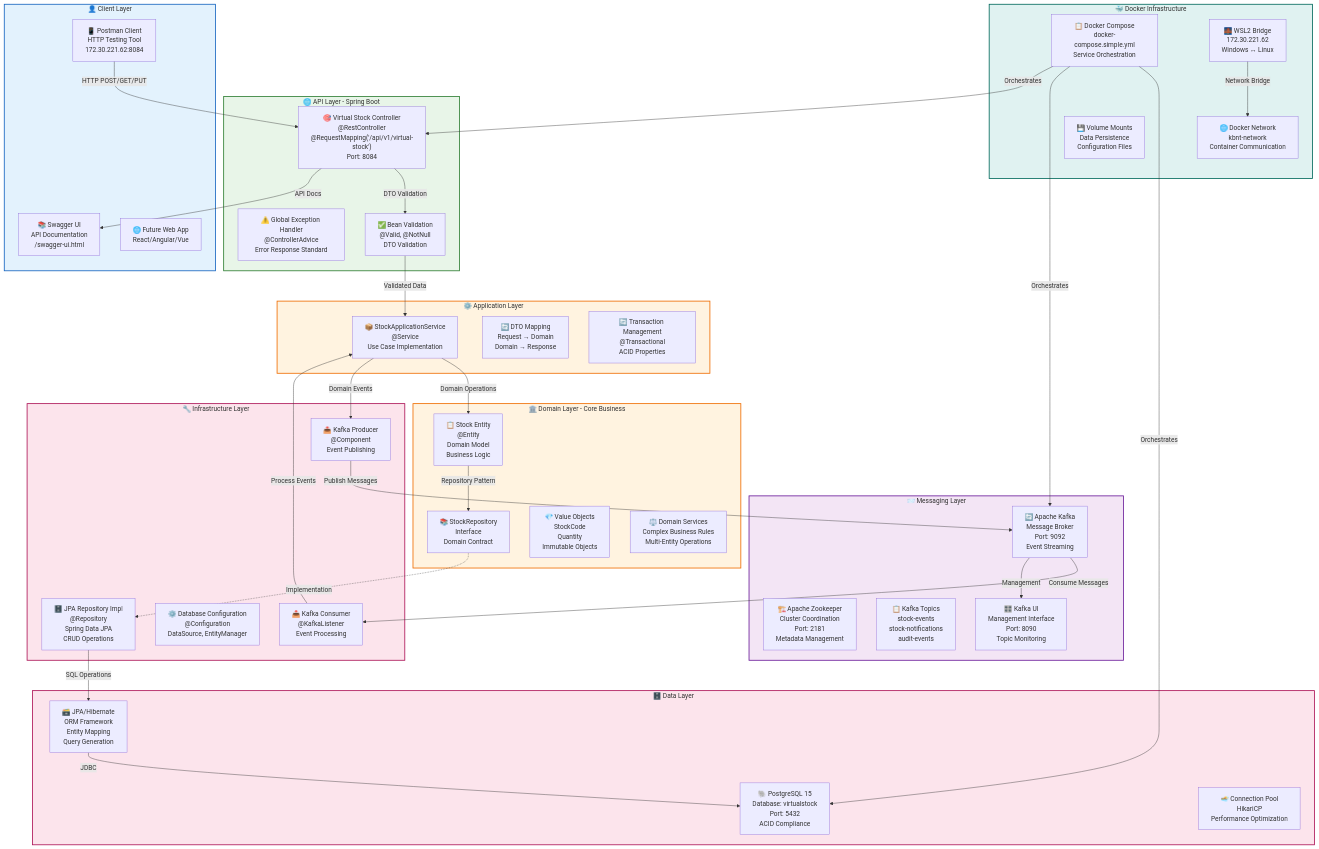
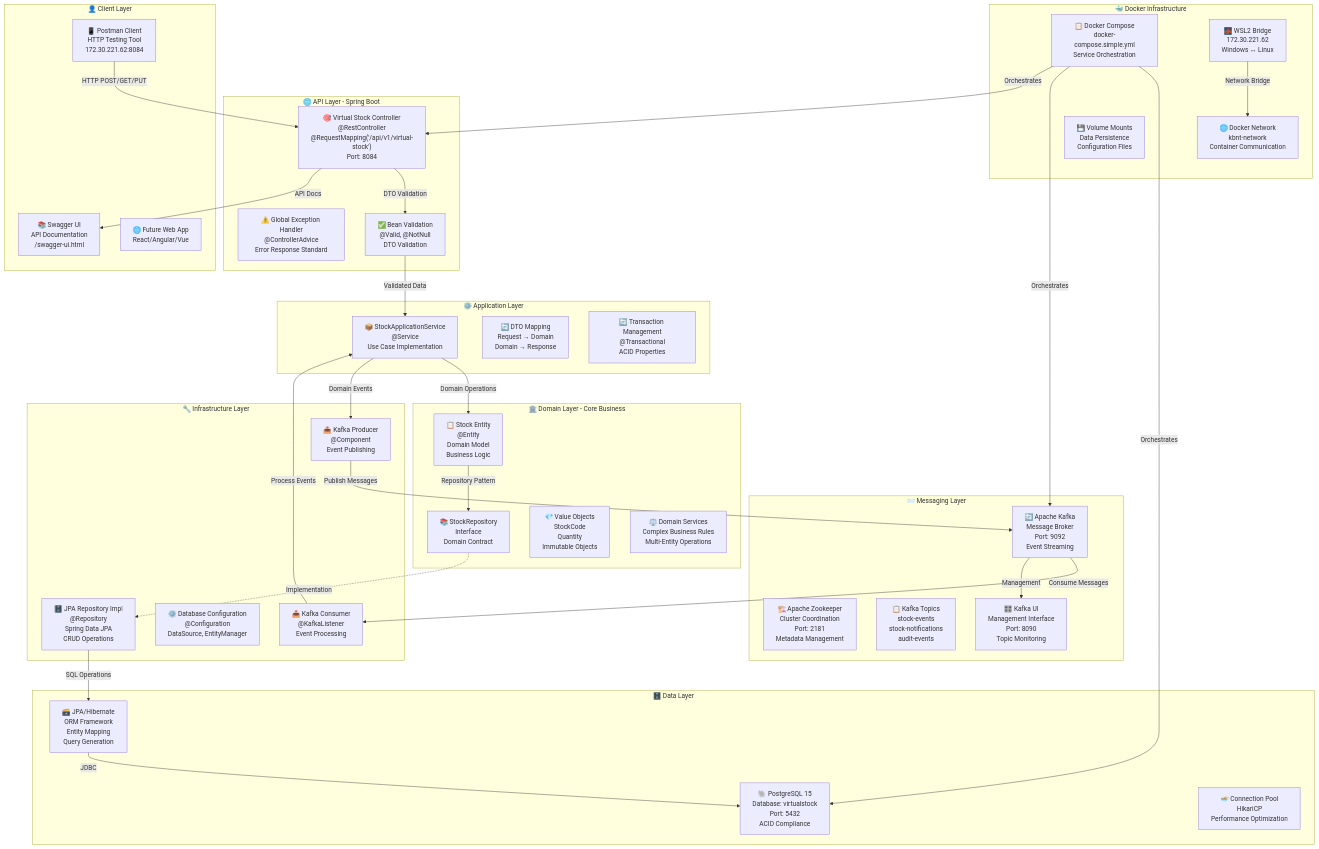
One commit to italo-costa/estudosKBNT_Kafka_Logs_V2_cleanCode changed the first of 4 diagrams in TECHNOLOGY_FLOW_DIAGRAM.md. Above: the diagram before and after it, drawn with Mermaid. The commit also changed other lines of this file and 2 other files, not shown here.

Commit message:
Fix Mermaid diagrams for GitHub compatibility
 Fixed Issues:
- Removed problematic CSS styling that caused lexical errors
- Cleaned README.md with focused architecture diagrams
- Simplified Mermaid syntax for GitHub renderer
- Added architecture diagrams directly to main page

 Changes Made:
- Removed classDef and class declarations
- Simplified diagram structure
- Fixed Analytics text causing parser errors
- Enhanced README with clean, visible diagrams

 Result:
- Diagrams now render correctly on GitHub
- Main page shows architecture overview
- Clean, professional documentation
- Compatible with GitHub Mermaid renderer

````diff
--- a/TECHNOLOGY_FLOW_DIAGRAM.md
+++ b/TECHNOLOGY_FLOW_DIAGRAM.md
@@ -5,35 +5,23 @@
 ```mermaid
 flowchart TD
-    %% Estilos
-    classDef frontend fill:#e3f2fd,stroke:#1565c0,stroke-width:2px
-    classDef api fill:#e8f5e8,stroke:#2e7d32,stroke-width:2px
-    classDef business fill:#fff3e0,stroke:#ef6c00,stroke-width:2px
-    classDef data fill:#fce4ec,stroke:#ad1457,stroke-width:2px
-    classDef messaging fill:#f3e5f5,stroke:#6a1b9a,stroke-width:2px
-    classDef infrastructure fill:#e0f2f1,stroke:#00695c,stroke-width:2px
-
-    %% Cliente e Interface
     subgraph CLIENT ["👤 Client Layer"]
         POSTMAN["📱 Postman Client<br/>HTTP Testing Tool<br/>172.30.221.62:8084"]
         SWAGGER_UI["📚 Swagger UI<br/>API Documentation<br/>/swagger-ui.html"]
         FUTURE_WEB["🌐 Future Web App<br/>React/Angular/Vue"]
     end
 
-    %% API Gateway e Controllers
     subgraph API_LAYER ["🌐 API Layer - Spring Boot"]
         REST_CONTROLLER["🎯 Virtual Stock Controller<br/>@RestController<br/>@RequestMapping('/api/v1/virtual-stock')<br/>Port: 8084"]
         EXCEPTION_HANDLER["⚠️ Global Exception Handler<br/>@ControllerAdvice<br/>Error Response Standard"]
         VALIDATION["✅ Bean Validation<br/>@Valid, @NotNull<br/>DTO Validation"]
     end
 
-    %% Camada de Aplicação
     subgraph APPLICATION_LAYER ["⚙️ Application Layer"]
         STOCK_APP_SERVICE["📦 StockApplicationService<br/>@Service<br/>Use Case Implementation"]
         DTO_MAPPING["🔄 DTO Mapping<br/>Request → Domain<br/>Domain → Response"]
         TRANSACTION_MGMT["🔄 Transaction Management<br/>@Transactional<br/>ACID Properties"]
     end
 
-    %% Camada de Domínio
     subgraph DOMAIN_LAYER ["🏛️ Domain Layer - Core Business"]
         STOCK_ENTITY["📋 Stock Entity<br/>@Entity<br/>Domain Model<br/>Business Logic"]
         STOCK_REPOSITORY_INTERFACE["📚 StockRepository<br/>Interface<br/>Domain Contract"]
@@ -41,7 +29,6 @@
         DOMAIN_SERVICES["⚖️ Domain Services<br/>Complex Business Rules<br/>Multi-Entity Operations"]
     end
 
-    %% Camada de Infraestrutura
     subgraph INFRASTRUCTURE_LAYER ["🔧 Infrastructure Layer"]
         JPA_REPOSITORY["🗄️ JPA Repository Impl<br/>@Repository<br/>Spring Data JPA<br/>CRUD Operations"]
         DATABASE_CONFIG["⚙️ Database Configuration<br/>@Configuration<br/>DataSource, EntityManager"]
@@ -49,14 +36,12 @@
         KAFKA_CONSUMER_IMPL["📥 Kafka Consumer<br/>@KafkaListener<br/>Event Processing"]
     end
 
-    %% Dados e Persistência
     subgraph DATA_LAYER ["🗄️ Data Layer"]
         POSTGRESQL["🐘 PostgreSQL 15<br/>Database: virtualstock<br/>Port: 5432<br/>ACID Compliance"]
         JPA_HIBERNATE["🗃️ JPA/Hibernate<br/>ORM Framework<br/>Entity Mapping<br/>Query Generation"]
         CONNECTION_POOL["🏊 Connection Pool<br/>HikariCP<br/>Performance Optimization"]
     end
 
-    %% Mensageria
     subgraph MESSAGING_LAYER ["📨 Messaging Layer"]
         KAFKA_CLUSTER["🔄 Apache Kafka<br/>Message Broker<br/>Port: 9092<br/>Event Streaming"]
         ZOOKEEPER["🏗️ Apache Zookeeper<br/>Cluster Coordination<br/>Port: 2181<br/>Metadata Management"]
@@ -64,7 +49,6 @@
         KAFKA_UI_TOOL["🎛️ Kafka UI<br/>Management Interface<br/>Port: 8090<br/>Topic Monitoring"]
     end
 
-    %% Infraestrutura Docker
     subgraph DOCKER_INFRASTRUCTURE ["🐳 Docker Infrastructure"]
         DOCKER_COMPOSE["📋 Docker Compose<br/>docker-compose.simple.yml<br/>Service Orchestration"]
         DOCKER_NETWORK["🌐 Docker Network<br/>kbnt-network<br/>Container Communication"]
@@ -72,7 +56,6 @@
         VOLUME_MOUNTS["💾 Volume Mounts<br/>Data Persistence<br/>Configuration Files"]
     end
 
-    %% Fluxo de dados principais
     POSTMAN -->|HTTP POST/GET/PUT| REST_CONTROLLER
     REST_CONTROLLER -->|DTO Validation| VALIDATION
     VALIDATION -->|Validated Data| STOCK_APP_SERVICE
@@ -82,27 +65,16 @@
     JPA_REPOSITORY -->|SQL Operations| JPA_HIBERNATE
     JPA_HIBERNATE -->|JDBC| POSTGRESQL
 
-    %% Fluxo de eventos
     STOCK_APP_SERVICE -->|Domain Events| KAFKA_PRODUCER_IMPL
     KAFKA_PRODUCER_IMPL -->|Publish Messages| KAFKA_CLUSTER
     KAFKA_CLUSTER -->|Consume Messages| KAFKA_CONSUMER_IMPL
     KAFKA_CONSUMER_IMPL -->|Process Events| STOCK_APP_SERVICE
 
-    %% Fluxo de configuração
     DOCKER_COMPOSE -->|Orchestrates| POSTGRESQL
     DOCKER_COMPOSE -->|Orchestrates| KAFKA_CLUSTER
     DOCKER_COMPOSE -->|Orchestrates| REST_CONTROLLER
     WSL2_BRIDGE -->|Network Bridge| DOCKER_NETWORK
 
-    %% Monitoramento e Documentação
     REST_CONTROLLER -->|API Docs| SWAGGER_UI
     KAFKA_CLUSTER -->|Management| KAFKA_UI_TOOL
-
-    %% Aplicação de estilos
-    class CLIENT frontend
-    class API_LAYER api
-    class APPLICATION_LAYER,DOMAIN_LAYER business
-    class INFRASTRUCTURE_LAYER,DATA_LAYER data
-    class MESSAGING_LAYER messaging
-    class DOCKER_INFRASTRUCTURE infrastructure
 ```
````
